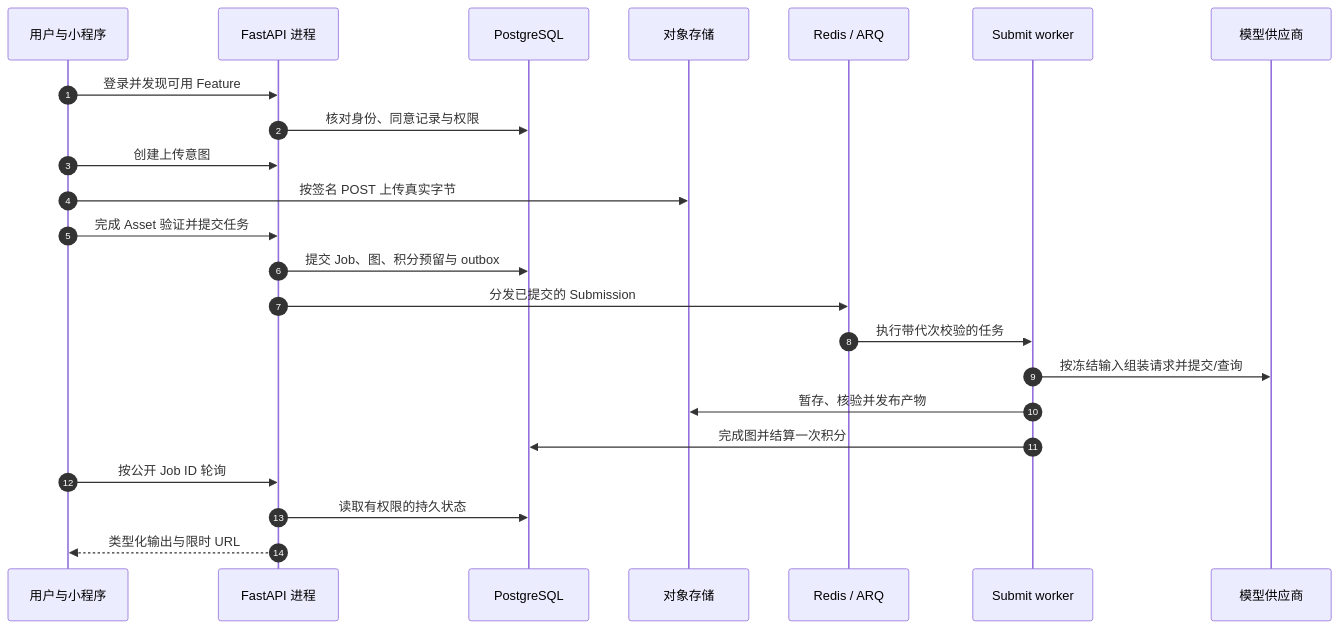
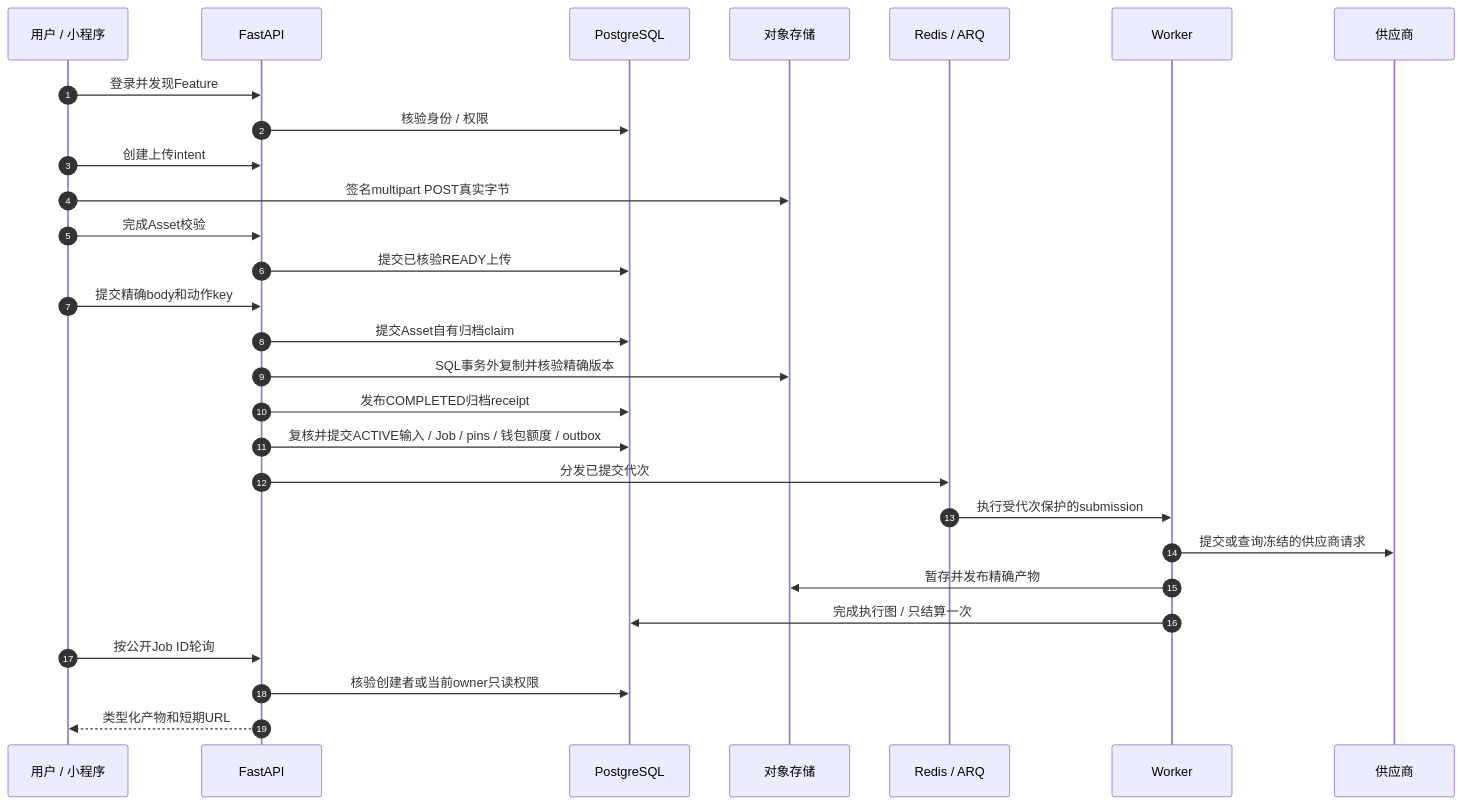
The first of 2 diagrams in zh/reference/system-walkthrough.md (Orientation-CD/docs), drawn with Mermaid before and after one commit. The commit also changed other lines of this file and 187 other files, not shown here.

````diff
--- a/zh/reference/system-walkthrough.md
+++ b/zh/reference/system-walkthrough.md
@@ -11,25 +11,30 @@
 ```mermaid
 sequenceDiagram
   autonumber
-  participant U as 用户与小程序
-  participant API as FastAPI 进程
-  participant DB as PostgreSQL
+  participant U as 用户 / 小程序
+  participant A as FastAPI
+  participant D as PostgreSQL
   participant O as 对象存储
   participant Q as Redis / ARQ
-  participant W as Submit worker
-  participant P as 模型供应商
-  U->>API: 登录并发现可用 Feature
-  API->>DB: 核对身份、同意记录与权限
-  U->>API: 创建上传意图
-  U->>O: 按签名 POST 上传真实字节
-  U->>API: 完成 Asset 验证并提交任务
-  API->>DB: 提交 Job、图、积分预留与 outbox
-  API->>Q: 分发已提交的 Submission
-  Q->>W: 执行带代次校验的任务
-  W->>P: 按冻结输入组装请求并提交/查询
-  W->>O: 暂存、核验并发布产物
-  W->>DB: 完成图并结算一次积分
-  U->>API: 按公开 Job ID 轮询
-  API->>DB: 读取有权限的持久状态
-  API-->>U: 类型化输出与限时 URL
+  participant W as Worker
+  participant P as 供应商
+  U->>A: 登录并发现Feature
+  A->>D: 核验身份 / 权限
+  U->>A: 创建上传intent
+  U->>O: 签名multipart POST真实字节
+  U->>A: 完成Asset校验
+  A->>D: 提交已核验READY上传
+  U->>A: 提交精确body和动作key
+  A->>D: 提交Asset自有归档claim
+  A->>O: SQL事务外复制并核验精确版本
+  A->>D: 发布COMPLETED归档receipt
+  A->>D: 复核并提交ACTIVE输入 / Job / pins / 钱包额度 / outbox
+  A->>Q: 分发已提交代次
+  Q->>W: 执行受代次保护的submission
+  W->>P: 提交或查询冻结的供应商请求
+  W->>O: 暂存并发布精确产物
+  W->>D: 完成执行图 / 只结算一次
+  U->>A: 按公开Job ID轮询
+  A->>D: 核验创建者或当前owner只读权限
+  A-->>U: 类型化产物和短期URL
 ```
````
